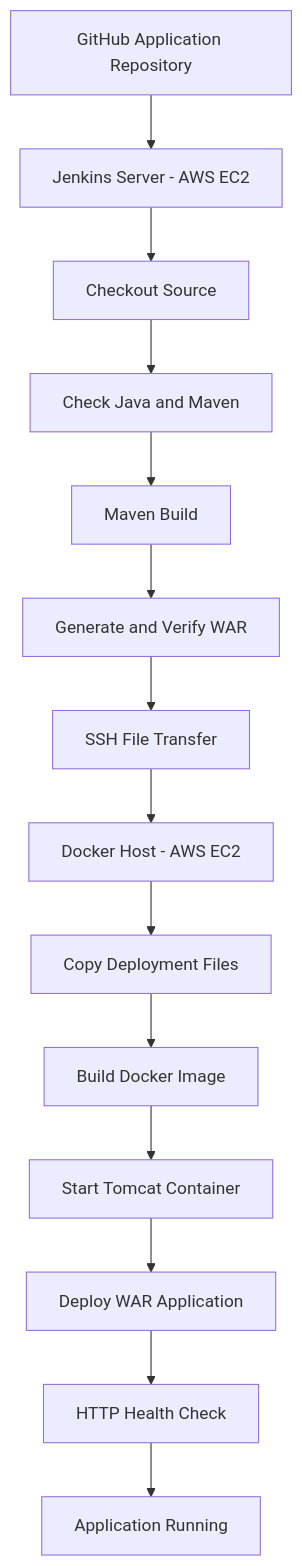
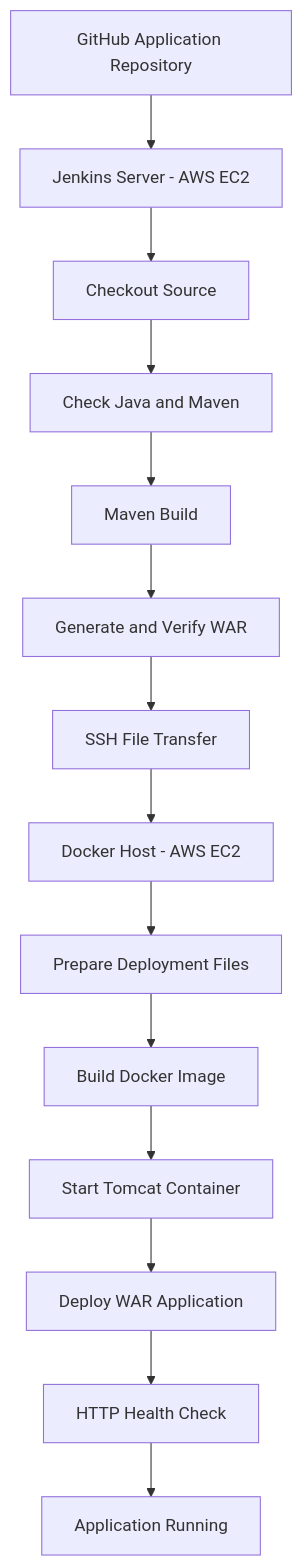
One commit to kantamnenimanusha/jenkins-docker-tomcat-cicd changed the diagram in README.md. Above: the diagram before and after it, drawn with Mermaid. The commit also changed other lines of this file, not shown here.

````diff
--- a/README.md
+++ b/README.md
@@ -22,16 +22,16 @@
 ```mermaid
 flowchart TD
     A["GitHub Application Repository"] --> B["Jenkins Server - AWS EC2"]
     B --> C["Checkout Source"]
     C --> D["Check Java and Maven"]
     D --> E["Maven Build"]
     E --> F["Generate and Verify WAR"]
     F --> G["SSH File Transfer"]
     G --> H["Docker Host - AWS EC2"]
-    H --> I["Copy Deployment Files"]
+    H --> I["Prepare Deployment Files"]
     I --> J["Build Docker Image"]
     J --> K["Start Tomcat Container"]
     K --> L["Deploy WAR Application"]
     L --> M["HTTP Health Check"]
     M --> N["Application Running"]
 ```
````
